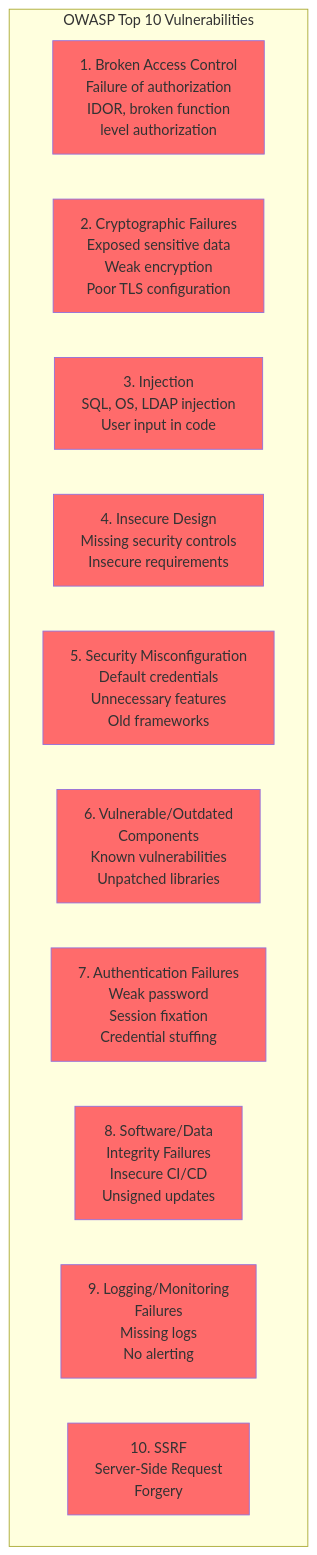
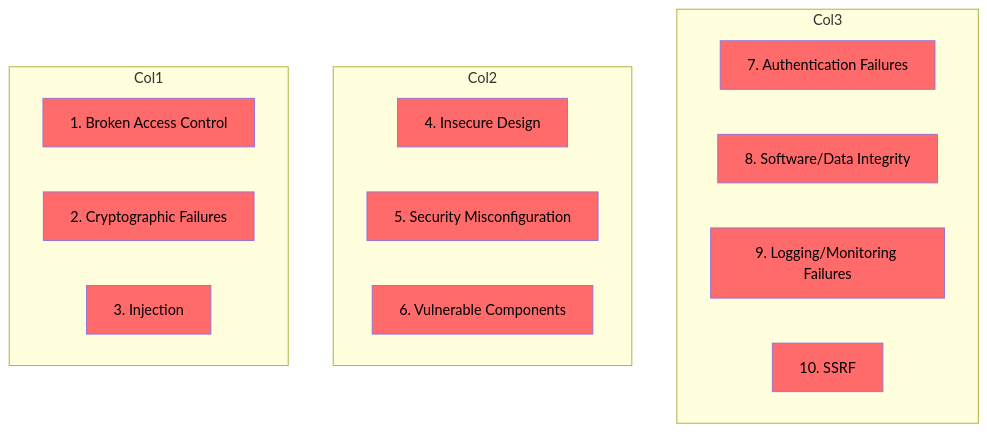
Diagram 15 of 15 in 15.Backend Security/README.md (ahmed-226/Backend-from-first-principles), drawn with Mermaid before and after one commit. The commit also changed other lines of this file and 1 other file, not shown here.

````diff
--- a/15.Backend Security/README.md
+++ b/15.Backend Security/README.md
@@ -1167,26 +1167,33 @@
 ```mermaid
 graph TB
-    subgraph "OWASP Top 10 Vulnerabilities"
-        A["1. Broken Access Control<br/>Failure of authorization<br/>IDOR, broken function<br/>level authorization"]
-        B["2. Cryptographic Failures<br/>Exposed sensitive data<br/>Weak encryption<br/>Poor TLS configuration"]
-        C["3. Injection<br/>SQL, OS, LDAP injection<br/>User input in code"]
-        D["4. Insecure Design<br/>Missing security controls<br/>Insecure requirements"]
-        E["5. Security Misconfiguration<br/>Default credentials<br/>Unnecessary features<br/>Old frameworks"]
-        F["6. Vulnerable/Outdated<br/>Components<br/>Known vulnerabilities<br/>Unpatched libraries"]
-        G["7. Authentication Failures<br/>Weak password<br/>Session fixation<br/>Credential stuffing"]
-        H["8. Software/Data<br/>Integrity Failures<br/>Insecure CI/CD<br/>Unsigned updates"]
-        I["9. Logging/Monitoring<br/>Failures<br/>Missing logs<br/>No alerting"]
-        J["10. SSRF<br/>Server-Side Request<br/>Forgery"]
+
+    subgraph Col3
+        G["7. Authentication Failures"]
+        H["8. Software/Data Integrity"]
+        I["9. Logging/Monitoring Failures"]
+        J["10. SSRF"]
     end
-    
-    style A fill:#FF6B6B
-    style B fill:#FF6B6B
-    style C fill:#FF6B6B
-    style D fill:#FF6B6B
-    style E fill:#FF6B6B
-    style F fill:#FF6B6B
-    style G fill:#FF6B6B
-    style H fill:#FF6B6B
-    style I fill:#FF6B6B
-    style J fill:#FF6B6B
+    subgraph Col2
+        D["4. Insecure Design"]
+        E["5. Security Misconfiguration"]
+        F["6. Vulnerable Components"]
+    end
+
+    subgraph Col1
+        A["1. Broken Access Control"]
+        B["2. Cryptographic Failures"]
+        C["3. Injection"]
+    end
+
+
+    style A fill:#FF6B6B,color:#000
+    style B fill:#FF6B6B,color:#000
+    style C fill:#FF6B6B,color:#000
+    style D fill:#FF6B6B,color:#000
+    style E fill:#FF6B6B,color:#000
+    style F fill:#FF6B6B,color:#000
+    style G fill:#FF6B6B,color:#000
+    style H fill:#FF6B6B,color:#000
+    style I fill:#FF6B6B,color:#000
+    style J fill:#FF6B6B,color:#000
 ```
````
